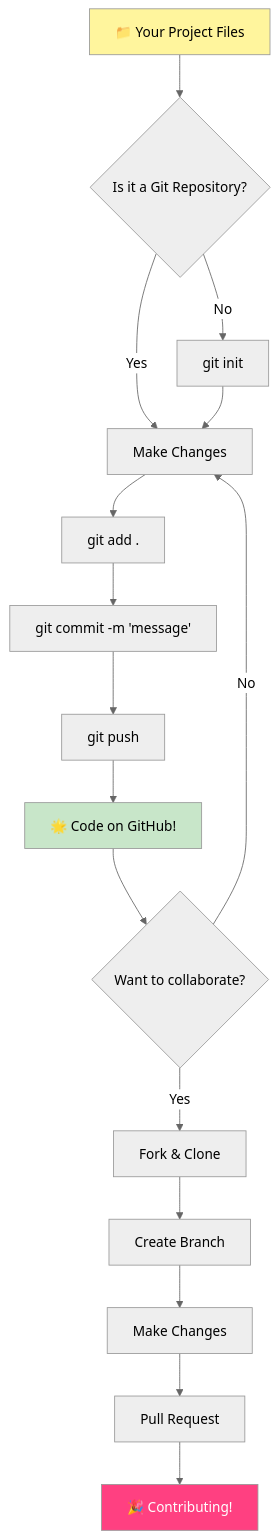
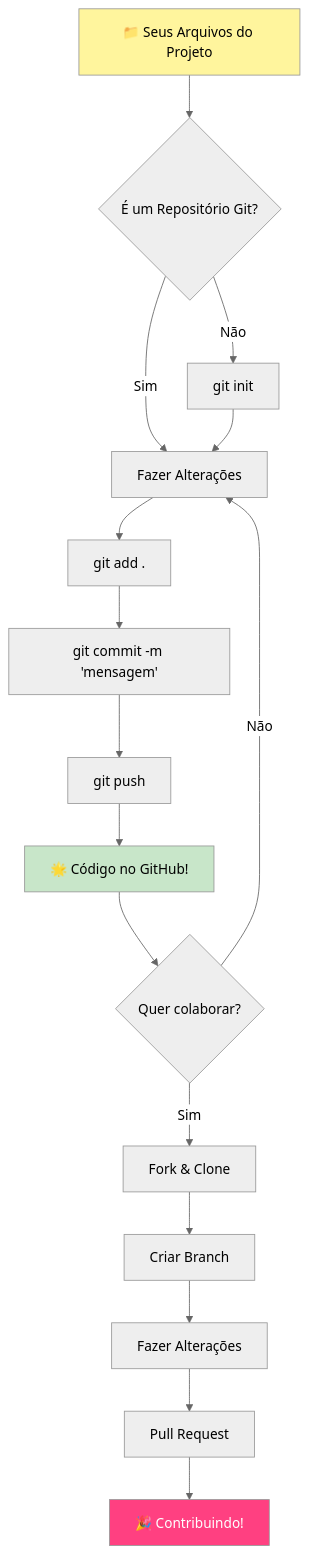
Before and after one commit to microsoft/Web-Dev-For-Beginners: the second of 7 diagrams in translations/br/1-getting-started-lessons/2-github-basics/README.md, drawn with Mermaid (neutral theme). The commit also changed other lines of this file and 17 other files, not shown here.

````diff
--- a/translations/br/1-getting-started-lessons/2-github-basics/README.md
+++ b/translations/br/1-getting-started-lessons/2-github-basics/README.md
@@ -131,23 +130,23 @@
 ```mermaid
 flowchart TD
-    A[📁 Your Project Files] --> B{Is it a Git Repository?}
-    B -->|No| C[git init]
-    B -->|Yes| D[Make Changes]
+    A[📁 Seus Arquivos do Projeto] --> B{É um Repositório Git?}
+    B -->|Não| C[git init]
+    B -->|Sim| D[Fazer Alterações]
     C --> D
     D --> E[git add .]
-    E --> F["git commit -m 'message'"]
+    E --> F["git commit -m 'mensagem'"]
     F --> G[git push]
-    G --> H[🌟 Code on GitHub!]
+    G --> H[🌟 Código no GitHub!]
     
-    H --> I{Want to collaborate?}
-    I -->|Yes| J[Fork & Clone]
-    I -->|No| D
-    J --> K[Create Branch]
-    K --> L[Make Changes]
+    H --> I{Quer colaborar?}
+    I -->|Sim| J[Fork & Clone]
+    I -->|Não| D
+    J --> K[Criar Branch]
+    K --> L[Fazer Alterações]
     L --> M[Pull Request]
-    M --> N[🎉 Contributing!]
+    M --> N[🎉 Contribuindo!]
     
     style A fill:#fff59d
     style H fill:#c8e6c9
     style N fill:#ff4081,color:#fff
 ```
````
